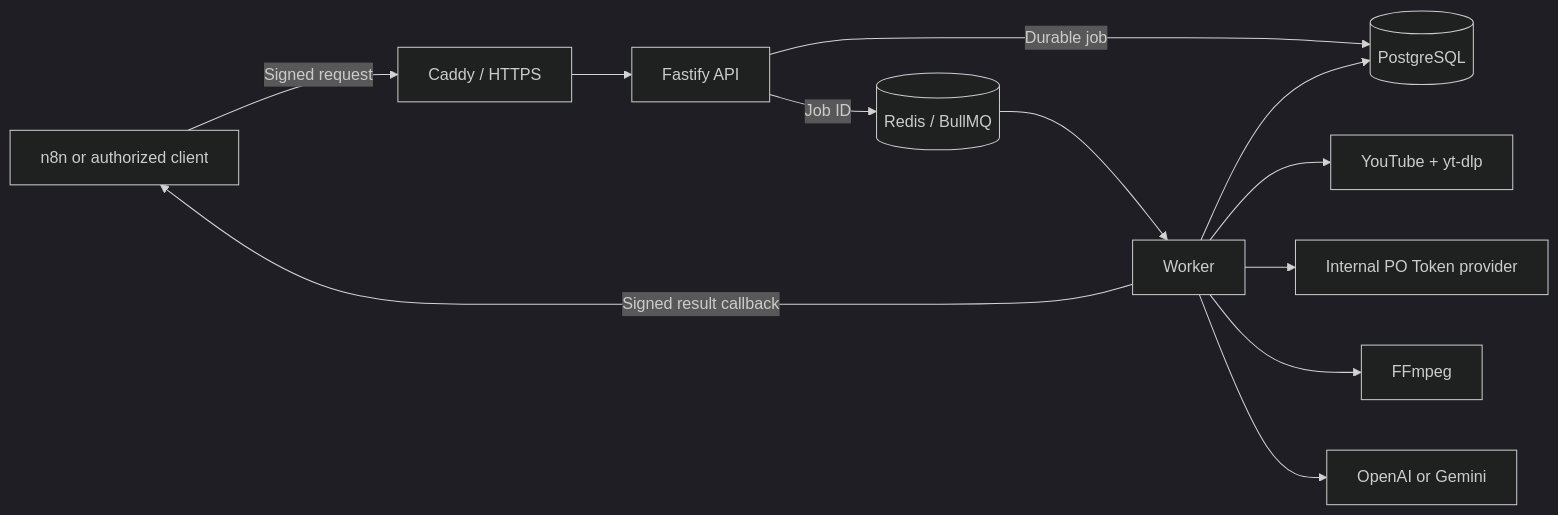
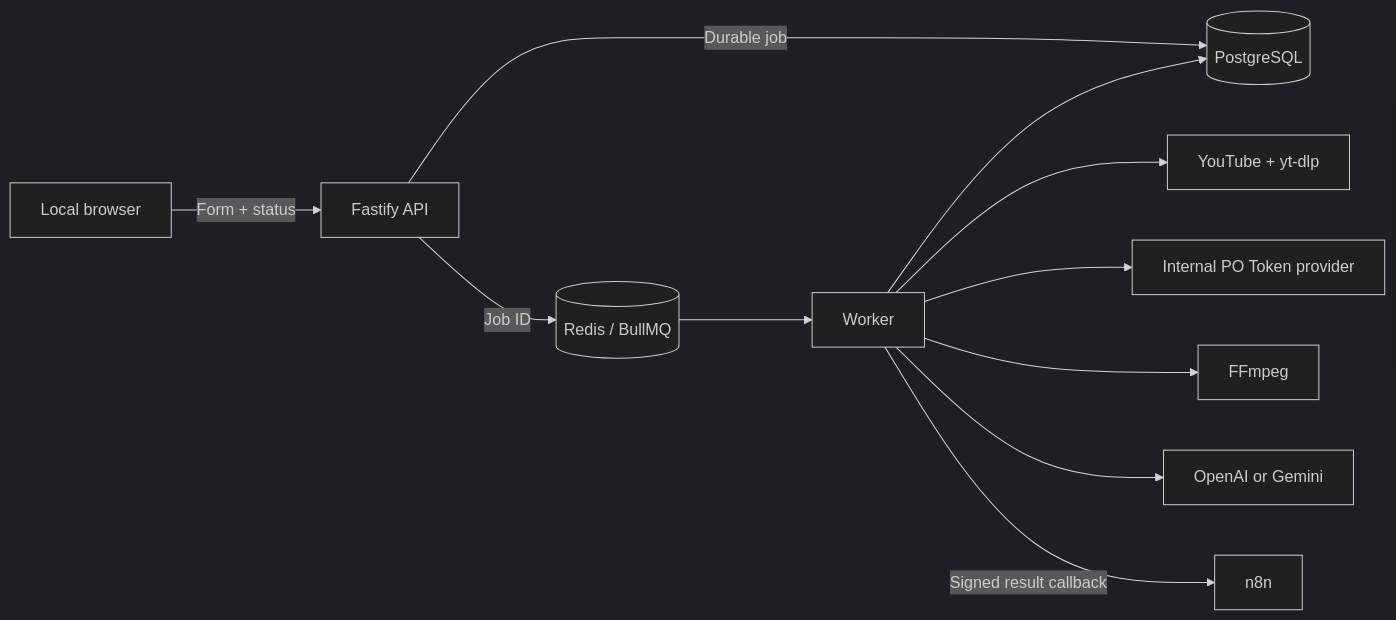
The diagram in README.md (rierale0/etm-class-engine), drawn with Mermaid (dark theme) before and after one commit. The commit also changed other lines of this file and 18 other files, not shown here.

Commit message:
Add local browser workflow

````diff
--- a/README.md
+++ b/README.md
@@ -27,14 +27,13 @@
 ```mermaid
 flowchart LR
-    N["n8n or authorized client"] -->|"Signed request"| C["Caddy / HTTPS"]
-    C --> A["Fastify API"]
+    B["Local browser"] -->|"Form + status"| A["Fastify API"]
     A -->|"Durable job"| P[("PostgreSQL")]
     A -->|"Job ID"| Q[("Redis / BullMQ")]
     Q --> W["Worker"]
     W --> Y["YouTube + yt-dlp"]
     W --> T["Internal PO Token provider"]
     W --> F["FFmpeg"]
     W --> O["OpenAI or Gemini"]
     W --> P
-    W -->|"Signed result callback"| N
+    W -->|"Signed result callback"| N["n8n"]
 ```
````
